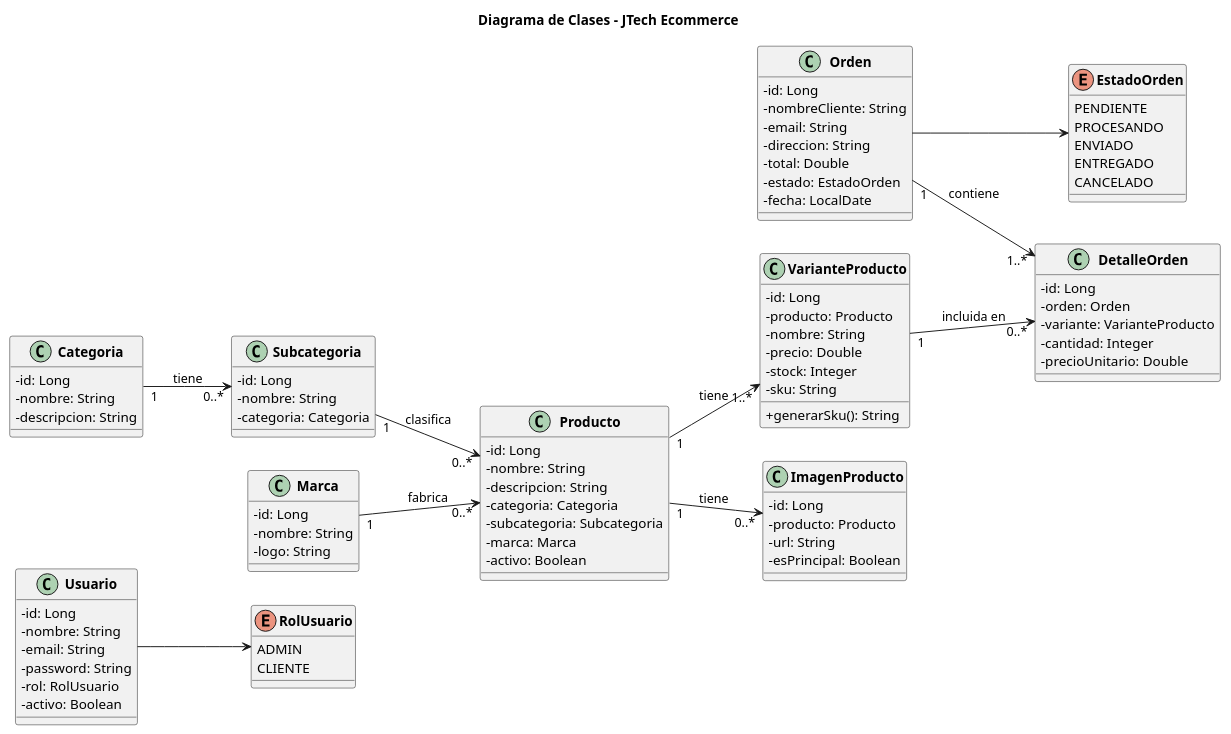
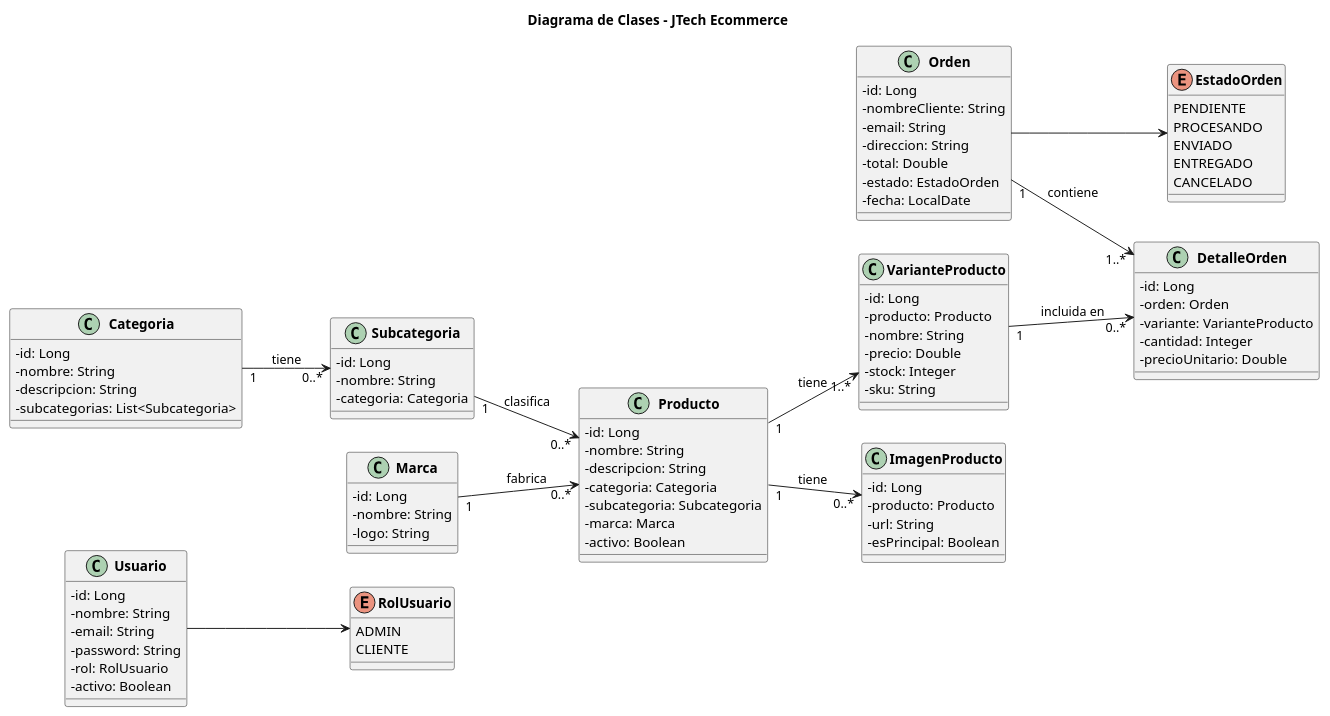
The diagram in documentation/diagrama_clases.puml (EmmanuelAlmario/JTechApp), drawn with PlantUML before and after one commit. The commit also changed 8 other files, not shown here.

```diff
--- a/documentation/diagrama_clases.puml
+++ b/documentation/diagrama_clases.puml
@@ -1,102 +1,102 @@
 @startuml diagrama_clases_jtech
 title Diagrama de Clases - JTech Ecommerce
 left to right direction
 skinparam classAttributeIconSize 0
 skinparam classFontStyle Bold
 
 enum RolUsuario {
   ADMIN
   CLIENTE
 }
 
 enum EstadoOrden {
   PENDIENTE
   PROCESANDO
   ENVIADO
   ENTREGADO
   CANCELADO
 }
 
 class Usuario {
   - id: Long
   - nombre: String
   - email: String
   - password: String
   - rol: RolUsuario
   - activo: Boolean
 }
 
 class Categoria {
   - id: Long
   - nombre: String
   - descripcion: String
+  - subcategorias: List<Subcategoria>
 }
 
 class Subcategoria {
   - id: Long
   - nombre: String
   - categoria: Categoria
 }
 
 class Marca {
   - id: Long
   - nombre: String
   - logo: String
 }
 
 class Producto {
   - id: Long
   - nombre: String
   - descripcion: String
   - categoria: Categoria
   - subcategoria: Subcategoria
   - marca: Marca
   - activo: Boolean
 }
 
 class VarianteProducto {
   - id: Long
   - producto: Producto
   - nombre: String
   - precio: Double
   - stock: Integer
   - sku: String
-  + generarSku(): String
 }
 
 class ImagenProducto {
   - id: Long
   - producto: Producto
   - url: String
   - esPrincipal: Boolean
 }
 
 class Orden {
   - id: Long
   - nombreCliente: String
   - email: String
   - direccion: String
   - total: Double
   - estado: EstadoOrden
   - fecha: LocalDate
 }
 
 class DetalleOrden {
   - id: Long
   - orden: Orden
   - variante: VarianteProducto
   - cantidad: Integer
   - precioUnitario: Double
 }
 
 Categoria "1" --> "0..*" Subcategoria : tiene
 Subcategoria "1" --> "0..*" Producto : clasifica
 Marca "1" --> "0..*" Producto : fabrica
 Producto "1" --> "1..*" VarianteProducto : tiene
 Producto "1" --> "0..*" ImagenProducto : tiene
 Orden "1" --> "1..*" DetalleOrden : contiene
 VarianteProducto "1" --> "0..*" DetalleOrden : incluida en
 Usuario --> RolUsuario
 Orden --> EstadoOrden
 
 @enduml
```
